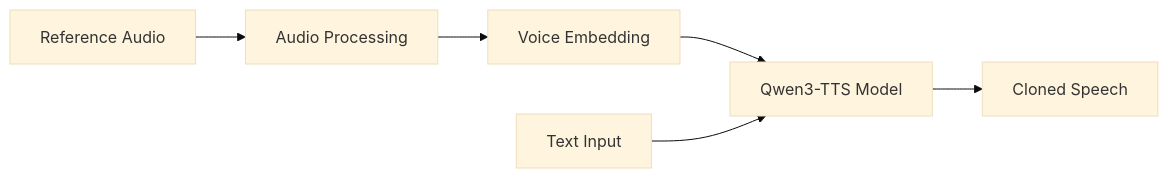
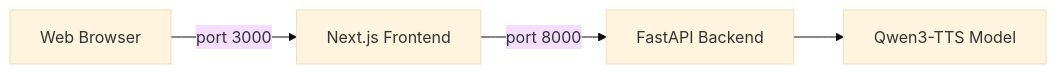
Before and after one commit to Madhurboard/parrot-ai-frontend: the diagram in README.md, drawn with Mermaid (base theme). The commit also changed other lines of this file and 1 other file, not shown here.

Commit message:
Update docs and backend logic

````diff
--- a/README.md
+++ b/README.md
@@ -137,8 +34,6 @@
 ```mermaid
 graph LR
-    A[Reference Audio] --> B[Audio Processing]
-    B --> C[Voice Embedding]
-    C --> D[Qwen3-TTS Model]
-    E[Text Input] --> D
-    D --> F[Cloned Speech]
+    User[Web Browser] -- port 3000 --> Frontend[Next.js Frontend]
+    Frontend -- port 8000 --> Backend[FastAPI Backend]
+    Backend --> Model[Qwen3-TTS Model]
 ```
````
